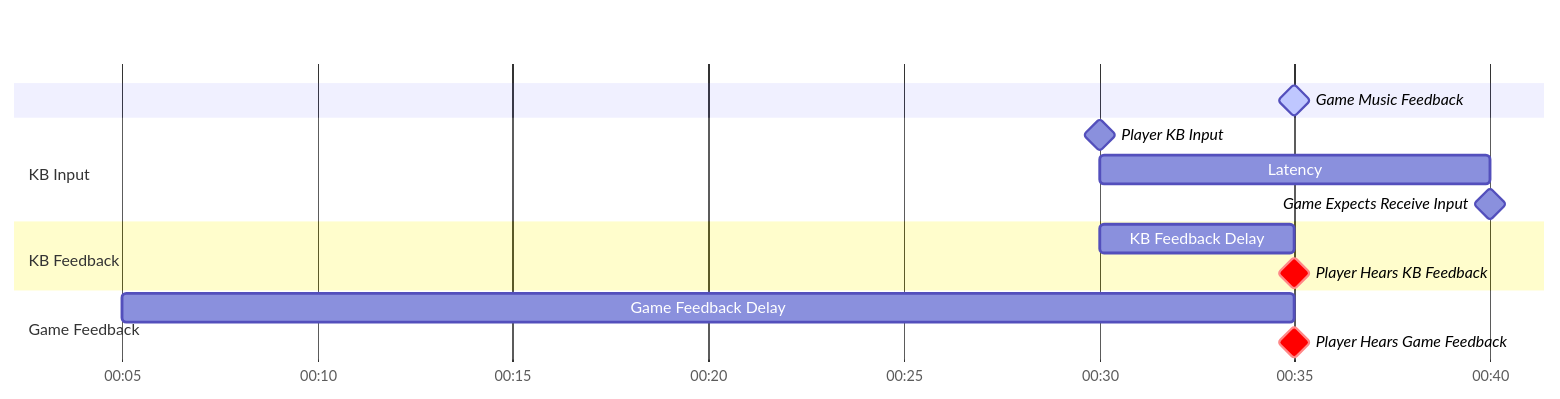
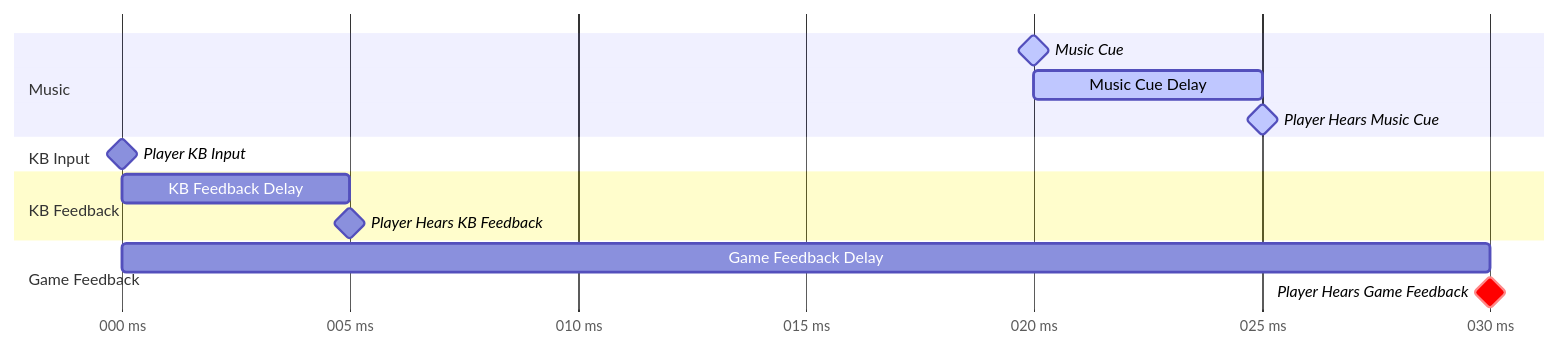
Before and after one commit to Eve-ning/Eve-ning.github.io: the eighth of 12 diagrams in _posts/2024-10-04-hitsounds.md, drawn with Mermaid. The commit also changed other lines of this file, not shown here.

````diff
--- a/_posts/2024-10-04-hitsounds.md
+++ b/_posts/2024-10-04-hitsounds.md
@@ -310,19 +373,22 @@
 ```mermaid
 gantt
-  dateFormat mm:ss
-  axisFormat %M:%S
+  dateFormat SSS
+  axisFormat %L ms
+  tickInterval 5millisecond
 
-  Game Music Feedback: active, milestone, 00:35,
+  section Music
+    Music Cue: active, milestone, 020,
+    Music Cue Delay: active, 020, 025
+    Player Hears Music Cue: active, milestone, 025,
+
   section KB Input
-    Player KB Input: milestone, 00:30,
-    Latency: 00:30, 00:40
-    Game Expects Receive Input: milestone, 00:40
+    Player KB Input: milestone, 000,
 
   section KB Feedback
-    KB Feedback Delay: 00:30, 00:35
-    Player Hears KB Feedback: crit, milestone, 00:35,
+    KB Feedback Delay: 000, 005
+    Player Hears KB Feedback: milestone, 005,
 
   section Game Feedback
-    Game Feedback Delay: 00:05, 00:35
-    Player Hears Game Feedback: crit, milestone, 00:35,
+    Game Feedback Delay: 000, 030
+    Player Hears Game Feedback: crit, milestone, 030,
 ```
````
